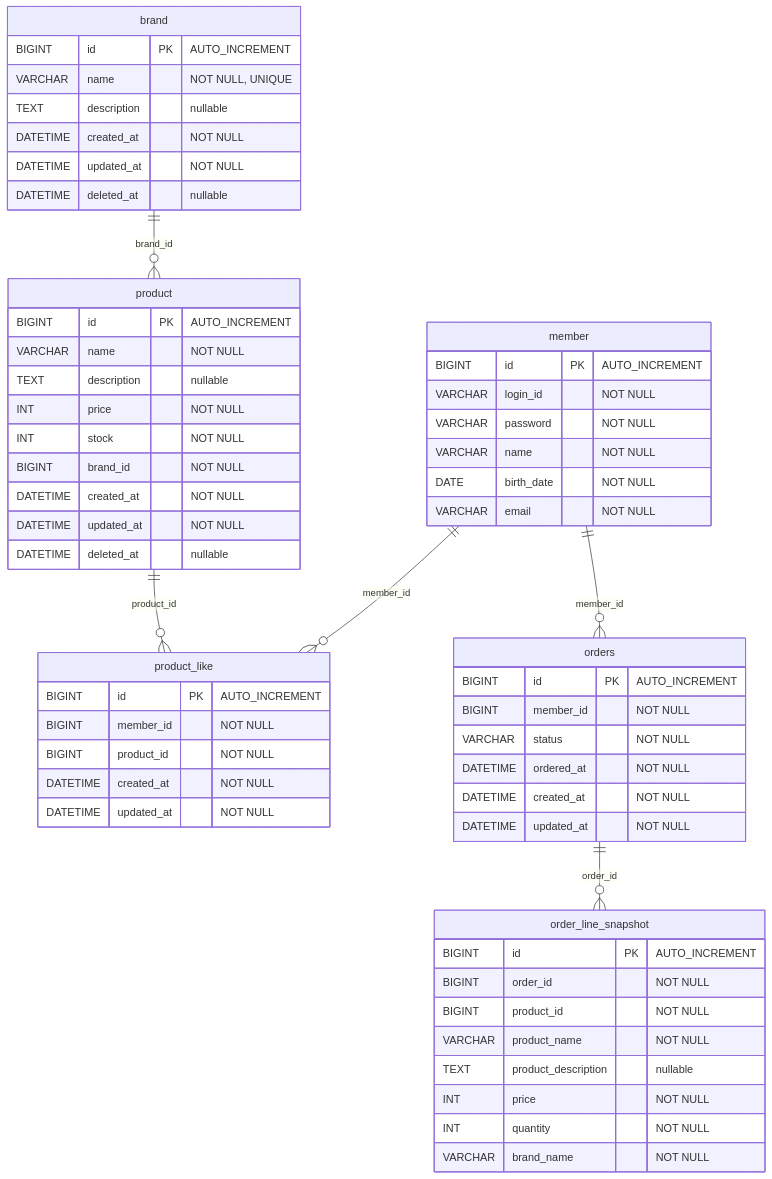
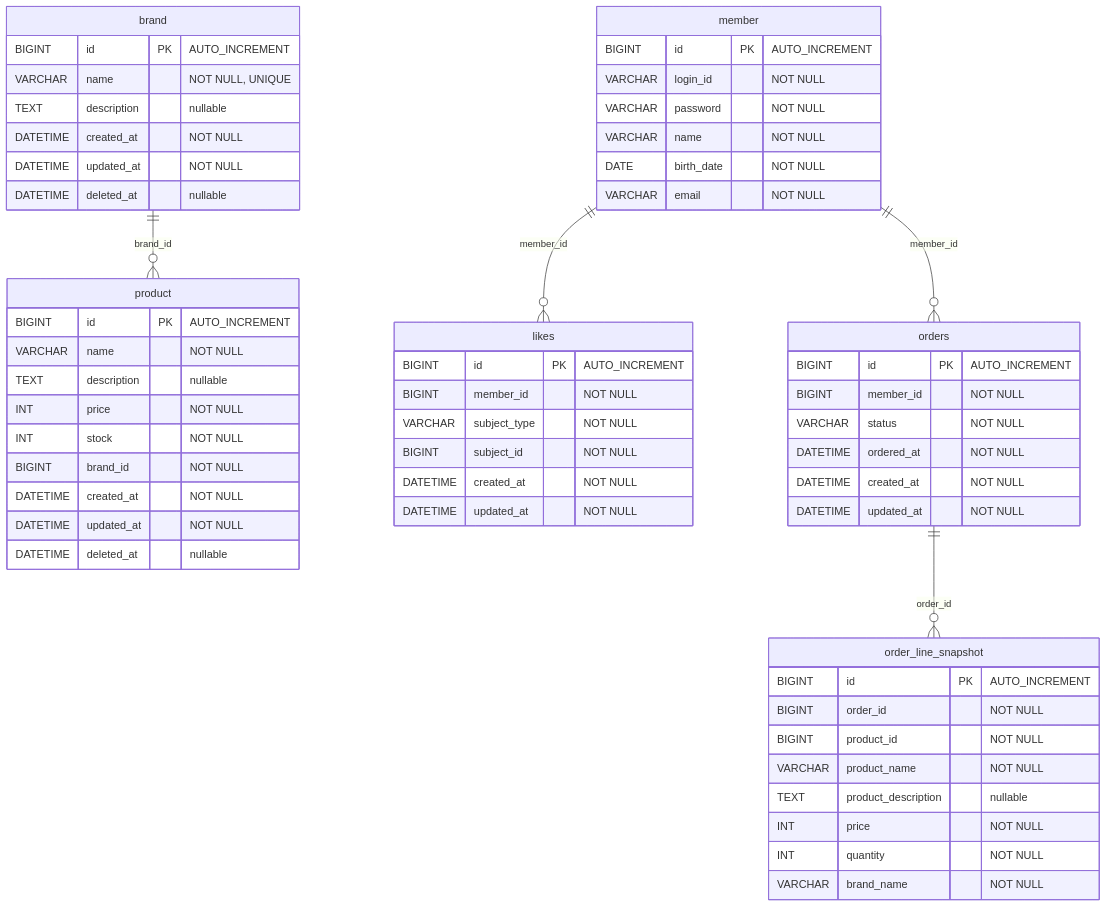
Before and after one commit to APapeIsName/loop-pack-be-l2-vol3-java: the diagram in docs/design/04-erd.md, drawn with Mermaid. The commit also changed other lines of this file and 128 other files, not shown here.

````diff
--- a/docs/design/04-erd.md
+++ b/docs/design/04-erd.md
@@ -11,66 +11,66 @@
 ```mermaid
 erDiagram
     member {
         BIGINT id PK "AUTO_INCREMENT"
         VARCHAR login_id "NOT NULL"
         VARCHAR password "NOT NULL"
         VARCHAR name "NOT NULL"
         DATE birth_date "NOT NULL"
         VARCHAR email "NOT NULL"
     }
 
     brand {
         BIGINT id PK "AUTO_INCREMENT"
         VARCHAR name "NOT NULL, UNIQUE"
         TEXT description "nullable"
         DATETIME created_at "NOT NULL"
         DATETIME updated_at "NOT NULL"
         DATETIME deleted_at "nullable"
     }
 
     product {
         BIGINT id PK "AUTO_INCREMENT"
         VARCHAR name "NOT NULL"
         TEXT description "nullable"
         INT price "NOT NULL"
         INT stock "NOT NULL"
         BIGINT brand_id "NOT NULL"
         DATETIME created_at "NOT NULL"
         DATETIME updated_at "NOT NULL"
         DATETIME deleted_at "nullable"
     }
 
-    product_like {
+    likes {
         BIGINT id PK "AUTO_INCREMENT"
         BIGINT member_id "NOT NULL"
-        BIGINT product_id "NOT NULL"
+        VARCHAR subject_type "NOT NULL"
+        BIGINT subject_id "NOT NULL"
         DATETIME created_at "NOT NULL"
         DATETIME updated_at "NOT NULL"
     }
 
     orders {
         BIGINT id PK "AUTO_INCREMENT"
         BIGINT member_id "NOT NULL"
         VARCHAR status "NOT NULL"
         DATETIME ordered_at "NOT NULL"
         DATETIME created_at "NOT NULL"
         DATETIME updated_at "NOT NULL"
     }
 
     order_line_snapshot {
         BIGINT id PK "AUTO_INCREMENT"
         BIGINT order_id "NOT NULL"
         BIGINT product_id "NOT NULL"
         VARCHAR product_name "NOT NULL"
         TEXT product_description "nullable"
         INT price "NOT NULL"
         INT quantity "NOT NULL"
         VARCHAR brand_name "NOT NULL"
     }
 
     brand ||--o{ product : "brand_id"
-    member ||--o{ product_like : "member_id"
-    product ||--o{ product_like : "product_id"
+    member ||--o{ likes : "member_id"
     member ||--o{ orders : "member_id"
     orders ||--o{ order_line_snapshot : "order_id"
 ```
````
